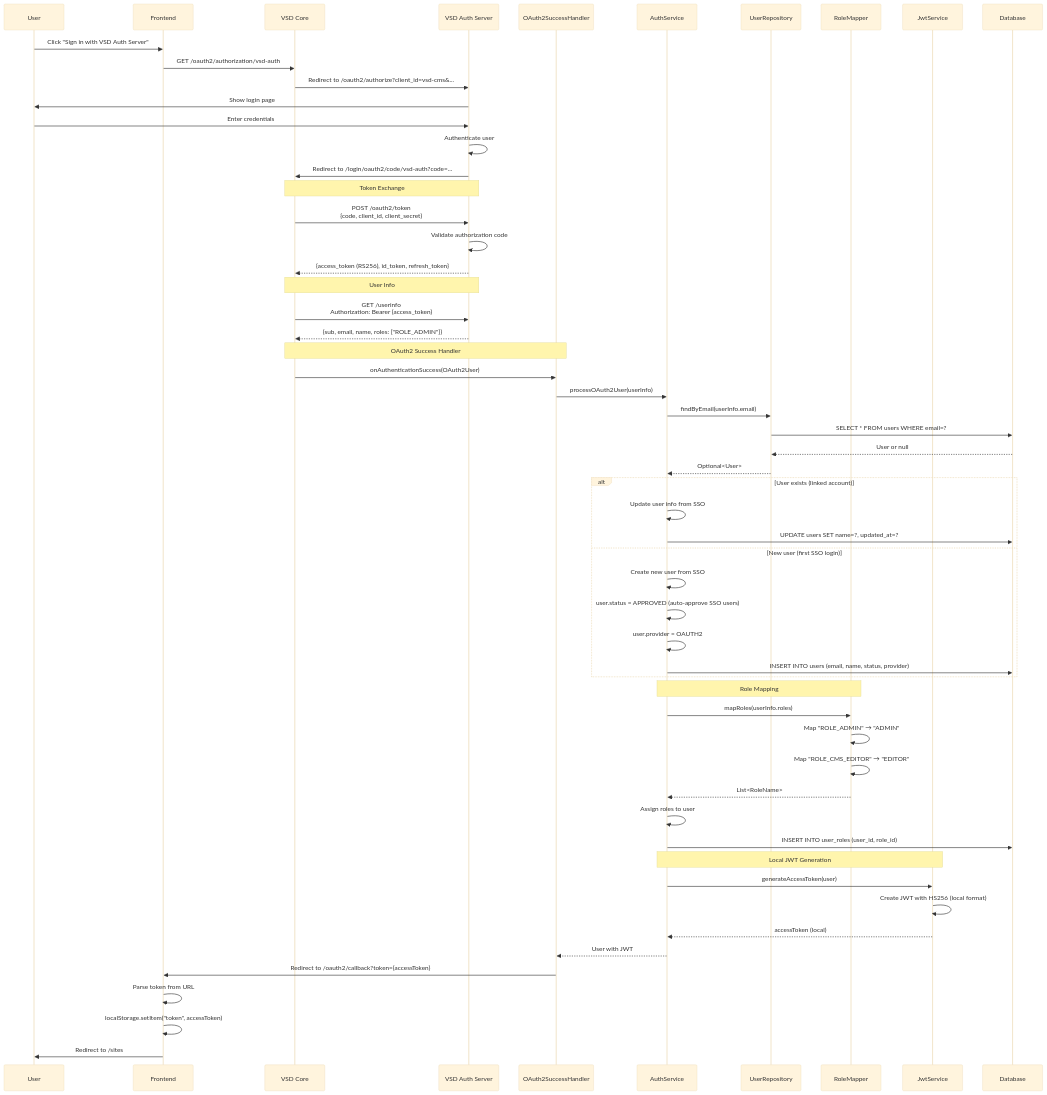
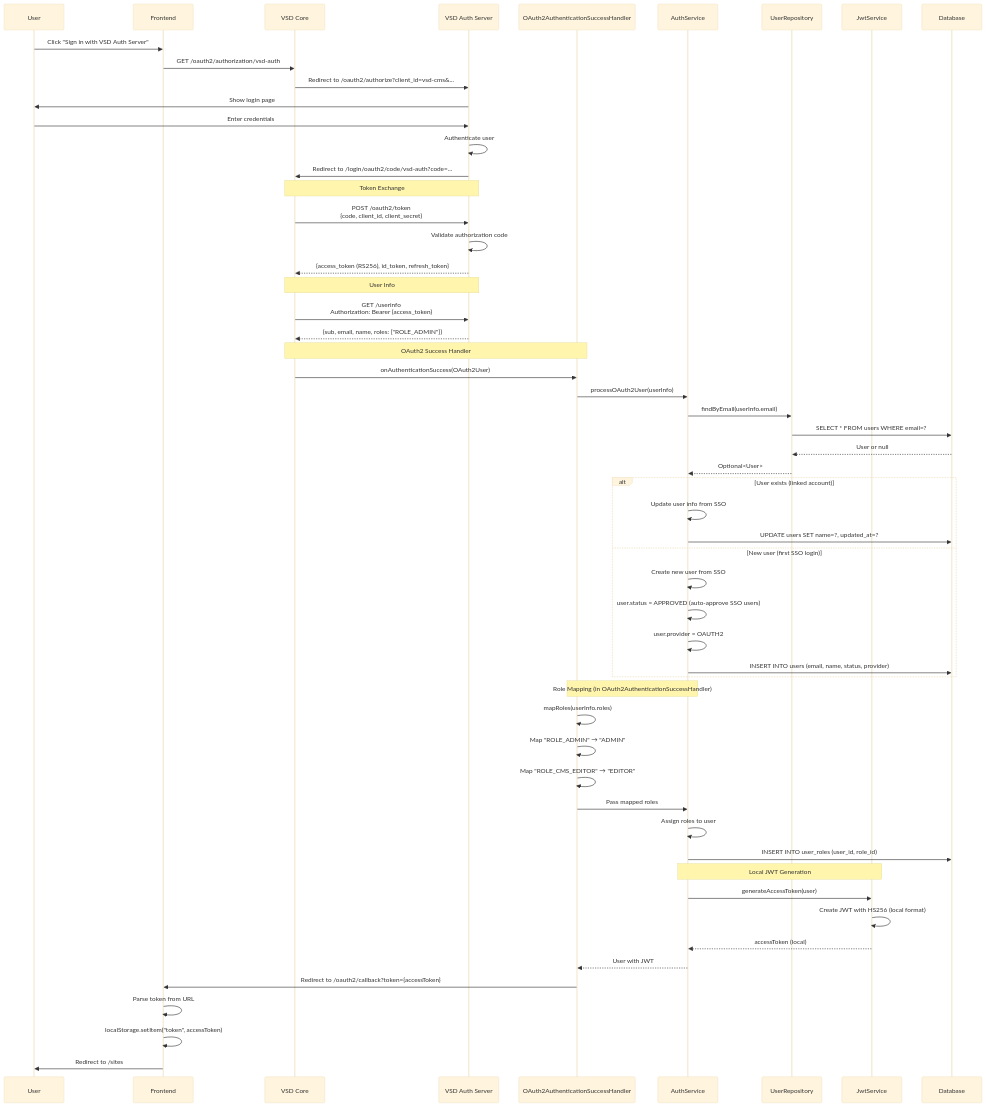
Before and after one commit to Visual-Site-Designer-VSD/visual-site-designer: the fifth of 11 diagrams in docs/architecture/arc42/06-runtime-view.md, drawn with Mermaid (base theme). The commit also changed 6 other files, not shown here.

````diff
--- a/docs/architecture/arc42/06-runtime-view.md
+++ b/docs/architecture/arc42/06-runtime-view.md
@@ -330,69 +330,68 @@
 ```mermaid
 sequenceDiagram
     participant User
     participant FE as Frontend
     participant Core as VSD Core
     participant Auth as VSD Auth Server
-    participant OAuth2 as OAuth2SuccessHandler
+    participant OAuth2 as OAuth2AuthenticationSuccessHandler
     participant AS as AuthService
     participant UR as UserRepository
-    participant RM as RoleMapper
     participant JWT as JwtService
     participant DB as Database
 
     User->>FE: Click "Sign in with VSD Auth Server"
     FE->>Core: GET /oauth2/authorization/vsd-auth
     Core->>Auth: Redirect to /oauth2/authorize?client_id=vsd-cms&...
     Auth->>User: Show login page
     User->>Auth: Enter credentials
     Auth->>Auth: Authenticate user
     Auth->>Core: Redirect to /login/oauth2/code/vsd-auth?code=...
 
     Note over Core,Auth: Token Exchange
     Core->>Auth: POST /oauth2/token<br/>{code, client_id, client_secret}
     Auth->>Auth: Validate authorization code
     Auth-->>Core: {access_token (RS256), id_token, refresh_token}
 
     Note over Core,Auth: User Info
     Core->>Auth: GET /userinfo<br/>Authorization: Bearer {access_token}
     Auth-->>Core: {sub, email, name, roles: ["ROLE_ADMIN"]}
 
     Note over Core,OAuth2: OAuth2 Success Handler
     Core->>OAuth2: onAuthenticationSuccess(OAuth2User)
     OAuth2->>AS: processOAuth2User(userInfo)
 
     AS->>UR: findByEmail(userInfo.email)
     UR->>DB: SELECT * FROM users WHERE email=?
     DB-->>UR: User or null
     UR-->>AS: Optional<User>
 
     alt User exists (linked account)
         AS->>AS: Update user info from SSO
         AS->>DB: UPDATE users SET name=?, updated_at=?
     else New user (first SSO login)
         AS->>AS: Create new user from SSO
         AS->>AS: user.status = APPROVED (auto-approve SSO users)
         AS->>AS: user.provider = OAUTH2
         AS->>DB: INSERT INTO users (email, name, status, provider)
     end
 
-    Note over AS,RM: Role Mapping
-    AS->>RM: mapRoles(userInfo.roles)
-    RM->>RM: Map "ROLE_ADMIN" → "ADMIN"
-    RM->>RM: Map "ROLE_CMS_EDITOR" → "EDITOR"
-    RM-->>AS: List<RoleName>
+    Note over OAuth2,AS: Role Mapping (in OAuth2AuthenticationSuccessHandler)
+    OAuth2->>OAuth2: mapRoles(userInfo.roles)
+    OAuth2->>OAuth2: Map "ROLE_ADMIN" → "ADMIN"
+    OAuth2->>OAuth2: Map "ROLE_CMS_EDITOR" → "EDITOR"
+    OAuth2->>AS: Pass mapped roles
 
     AS->>AS: Assign roles to user
     AS->>DB: INSERT INTO user_roles (user_id, role_id)
 
     Note over AS,JWT: Local JWT Generation
     AS->>JWT: generateAccessToken(user)
     JWT->>JWT: Create JWT with HS256 (local format)
     JWT-->>AS: accessToken (local)
 
     AS-->>OAuth2: User with JWT
     OAuth2->>FE: Redirect to /oauth2/callback?token={accessToken}
     FE->>FE: Parse token from URL
     FE->>FE: localStorage.setItem("token", accessToken)
     FE->>User: Redirect to /sites
 ```
````
